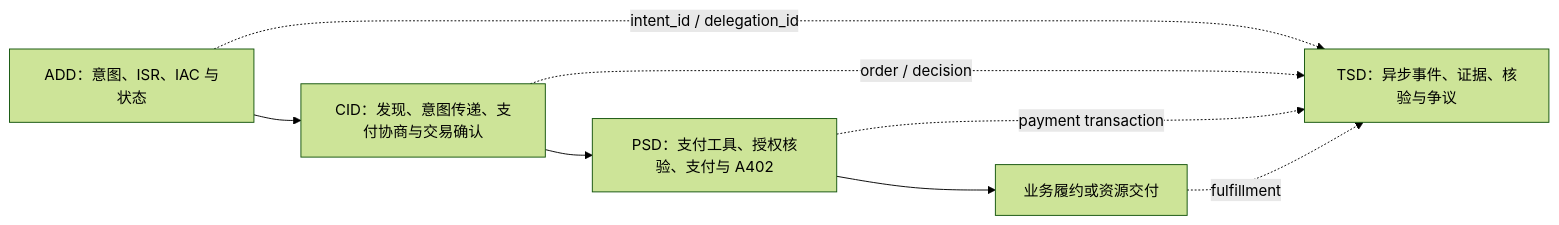
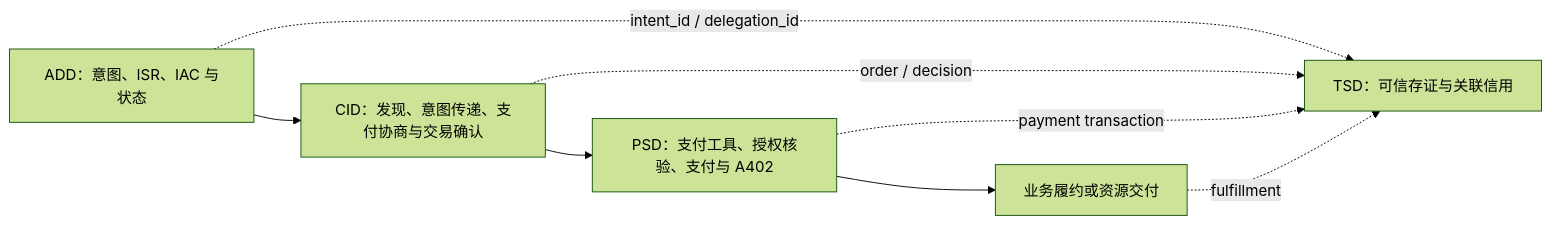
The diagram in docs/flows/scenarios.md (antgroup/ACT), drawn with Mermaid (forest theme) before and after one commit. The commit also changed other lines of this file and 112 other files, not shown here.

````diff
--- a/docs/flows/scenarios.md
+++ b/docs/flows/scenarios.md
@@ -24,10 +24,10 @@
 ```mermaid
 flowchart LR
     ADD["ADD：意图、ISR、IAC 与状态"] --> CID["CID：发现、意图传递、支付协商与交易确认"]
     CID --> PSD["PSD：支付工具、授权核验、支付与 A402"]
     PSD --> FUL["业务履约或资源交付"]
-    ADD -. "intent_id / delegation_id" .-> TSD["TSD：异步事件、证据、核验与争议"]
+    ADD -. "intent_id / delegation_id" .-> TSD["TSD：可信存证与关联信用"]
     CID -. "order / decision" .-> TSD
     PSD -. "payment transaction" .-> TSD
     FUL -. "fulfillment" .-> TSD
 ```
````
